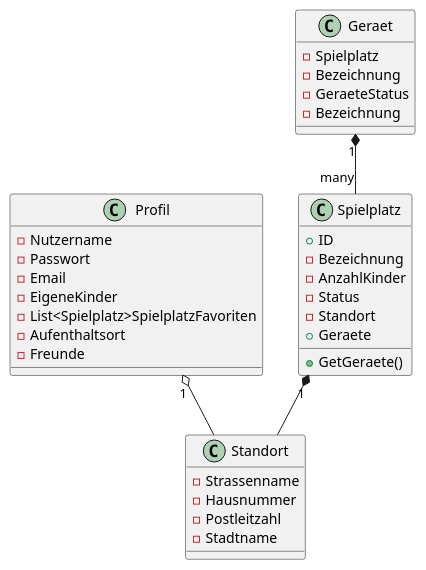
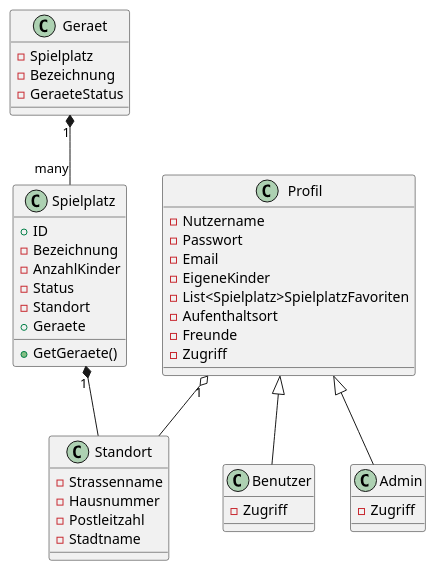
The diagram in Diagramm.iuml (fh-erfurt/Project-Playground), drawn with PlantUML before and after one commit.

Commit message:
Vererbung hinzugefügt

```diff
--- a/Diagramm.iuml
+++ b/Diagramm.iuml
@@ -1,39 +1,47 @@
 @startuml
 class Spielplatz {
   +ID
   -Bezeichnung
   -AnzahlKinder
   -Status
   -Standort
   +Geraete
   +GetGeraete()
 }
 
 class Standort{
 -Strassenname
 -Hausnummer
 -Postleitzahl
 -Stadtname
 }
 
 class Geraet{
 -Spielplatz
 -Bezeichnung
 -GeraeteStatus
--Bezeichnung
 }
 
 class Profil{
 -Nutzername
 -Passwort
 -Email
 -EigeneKinder
 -List<Spielplatz>SpielplatzFavoriten
 -Aufenthaltsort
 -Freunde
+-Zugriff
+}
+class Benutzer{
+-Zugriff
+}
+class Admin{
+-Zugriff
 }
 
+Profil <|--Benutzer
+Profil <|--Admin
 Spielplatz "1" *-- Standort
 Profil "1" o-- Standort
 Geraet "1" *-- "many" Spielplatz
 @enduml
```
